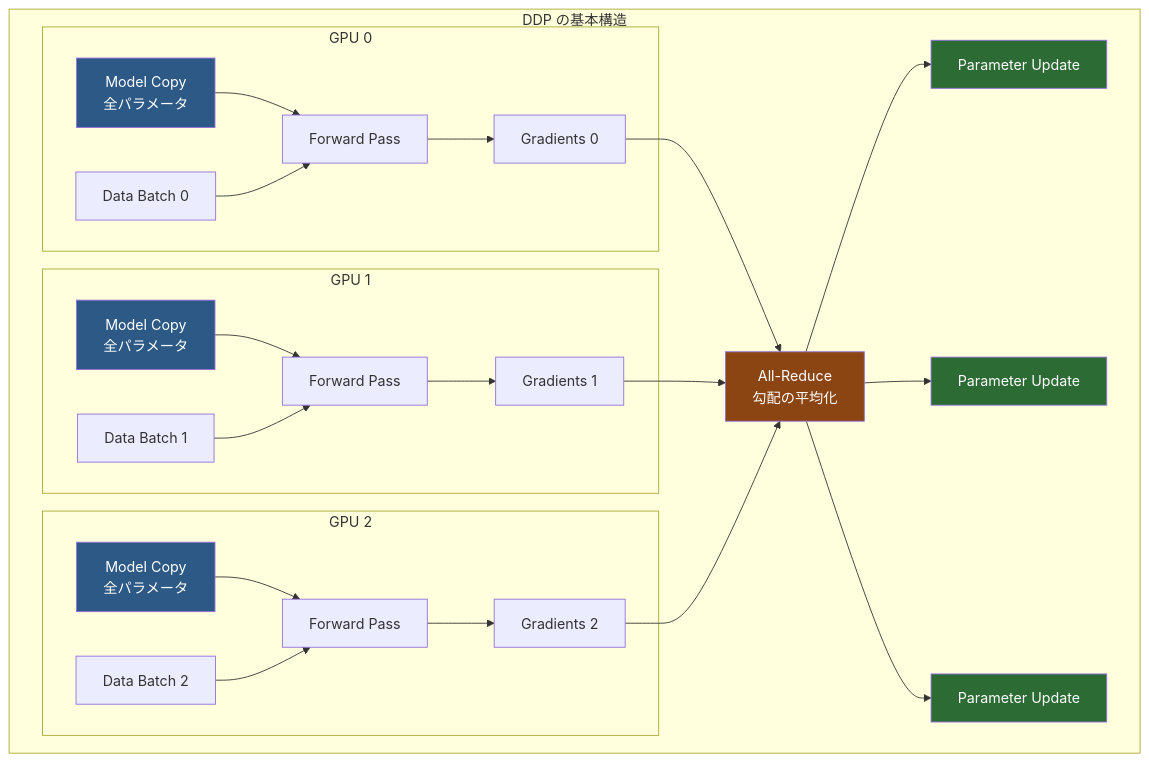
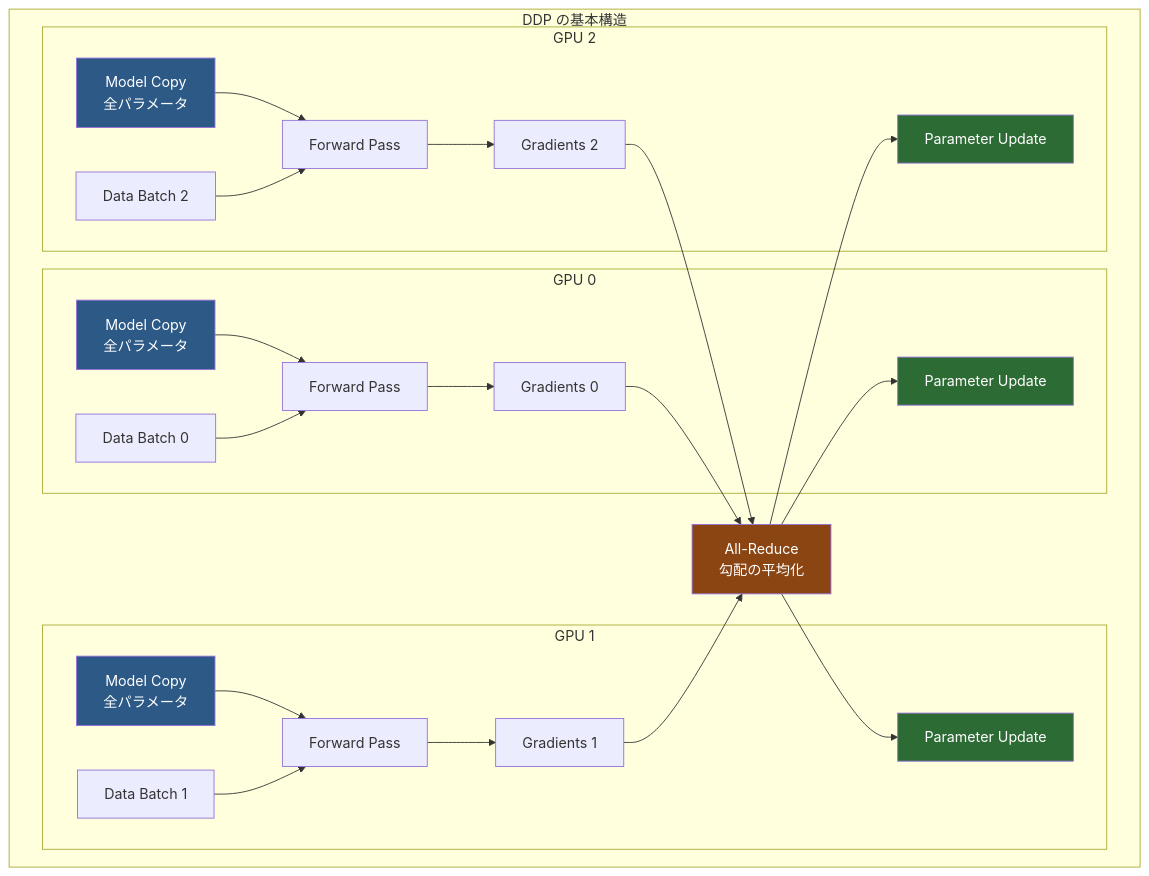
One commit to littlemex/zenn changed the first of 6 diagrams in books/ml-distributed-experiment-collection/amazon-sagemaker-hyperpod-slurm-ddp-on-cpu.md. Above: the diagram before and after it, drawn with Mermaid. The commit also changed other lines of this file, not shown here.

````diff
--- a/books/ml-distributed-experiment-collection/amazon-sagemaker-hyperpod-slurm-ddp-on-cpu.md
+++ b/books/ml-distributed-experiment-collection/amazon-sagemaker-hyperpod-slurm-ddp-on-cpu.md
@@ -52,44 +70,47 @@
 ```mermaid
 graph TB
     subgraph "DDP の基本構造"
         subgraph GPU0["GPU 0"]
             M0[Model Copy<br/>全パラメータ]
             D0[Data Batch 0]
             M0 --> F0[Forward Pass]
             D0 --> F0
             F0 --> G0[Gradients 0]
+            U0
         end
         
         subgraph GPU1["GPU 1"]
             M1[Model Copy<br/>全パラメータ]
             D1[Data Batch 1]
             M1 --> F1[Forward Pass]
             D1 --> F1
             F1 --> G1[Gradients 1]
+            U1
         end
         
         subgraph GPU2["GPU 2"]
             M2[Model Copy<br/>全パラメータ]
             D2[Data Batch 2]
             M2 --> F2[Forward Pass]
             D2 --> F2
             F2 --> G2[Gradients 2]
+            U2
         end
         
         G0 --> AR[All-Reduce<br/>勾配の平均化]
         G1 --> AR
         G2 --> AR
         
         AR --> U0[Parameter Update]
         AR --> U1[Parameter Update]
         AR --> U2[Parameter Update]
     end
     
     style M0 fill:#2d5986,color:#fff
     style M1 fill:#2d5986,color:#fff
     style M2 fill:#2d5986,color:#fff
     style AR fill:#8b4513,color:#fff
     style U0 fill:#2d6b35,color:#fff
     style U1 fill:#2d6b35,color:#fff
     style U2 fill:#2d6b35,color:#fff
 ```
````
